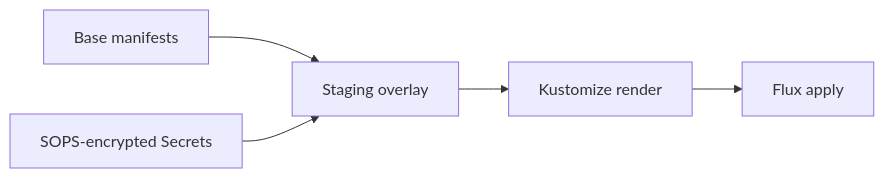
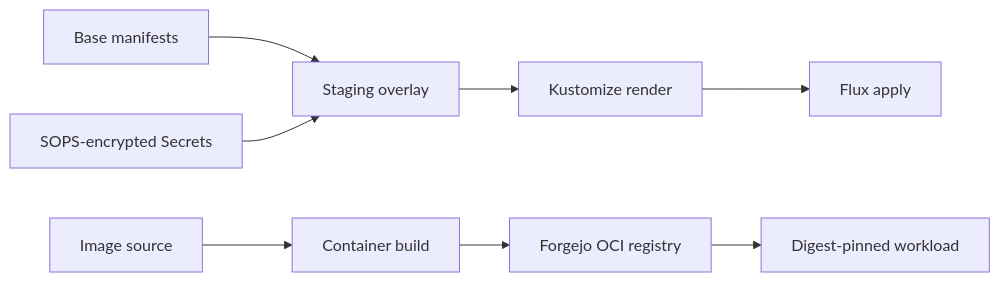
The fourth of 4 diagrams in docs/architecture.md (calico88x/lovelace-cluster), drawn with Mermaid before and after one commit. The commit also changed other lines of this file and 3 other files, not shown here.

Commit message:
docs: document radio architecture and operations

````diff
--- a/docs/architecture.md
+++ b/docs/architecture.md
@@ -72,7 +148,11 @@
 ```mermaid
 flowchart LR
     base["Base manifests"] --> overlay["Staging overlay"]
     overlay --> render["Kustomize render"]
     secrets["SOPS-encrypted Secrets"] --> overlay
     render --> flux["Flux apply"]
+
+    imageSource["Image source"] --> build["Container build"]
+    build --> registry["Forgejo OCI registry"]
+    registry --> workload["Digest-pinned workload"]
 ```
````
